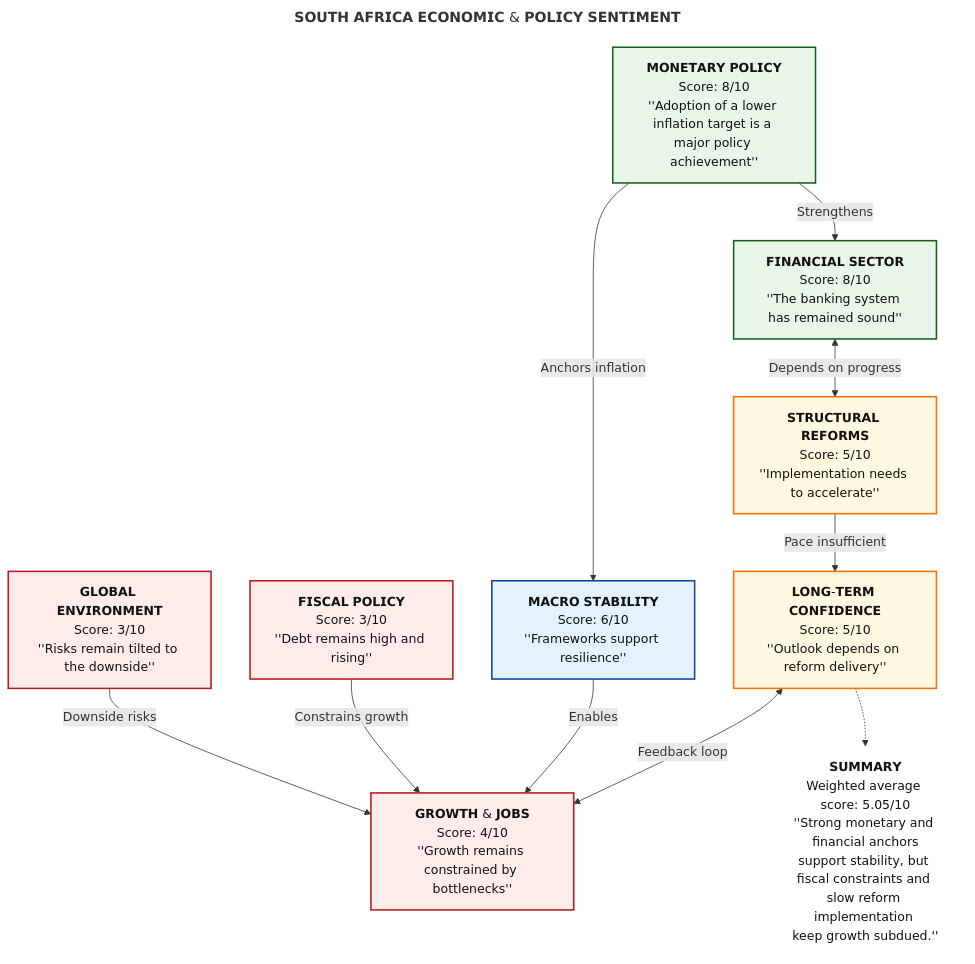
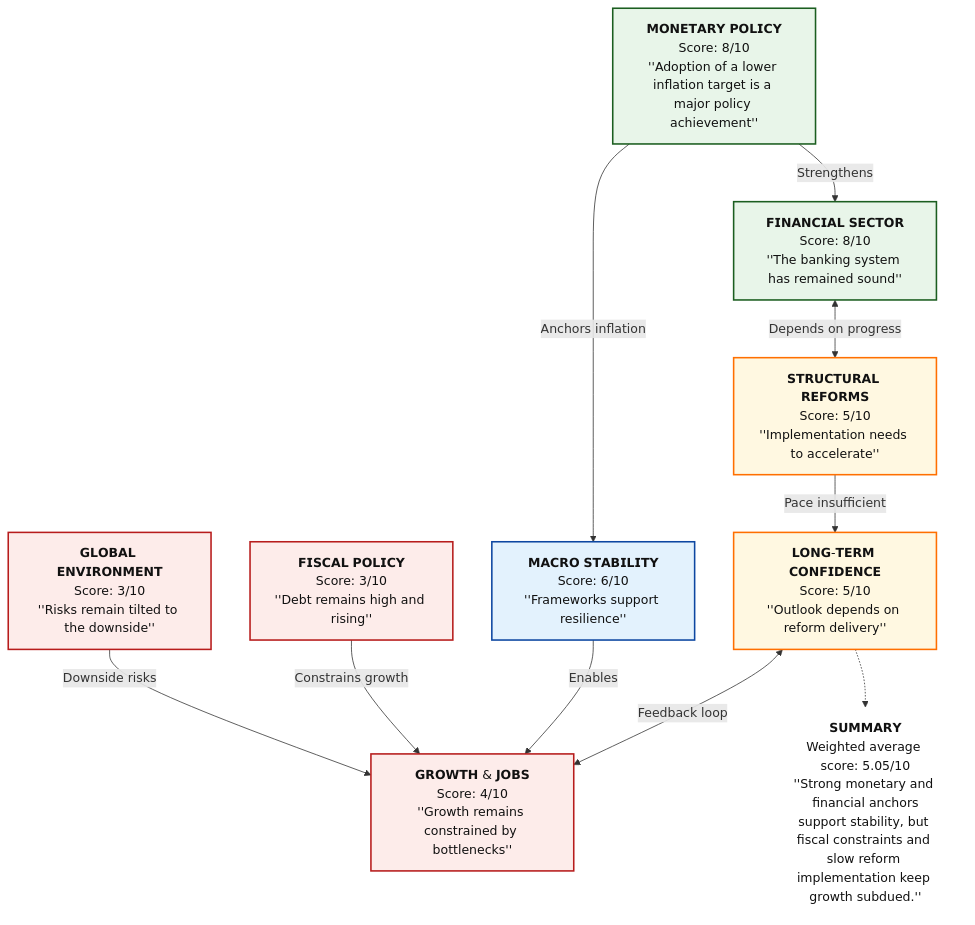
One commit to Tellusant/docs changed the first of 2 diagrams in articles-posts/economic-and-policy-sentiment-zaf.md. Above: the diagram before and after it, drawn with Mermaid. The commit also changed other lines of this file, not shown here.

```diff
--- a/articles-posts/economic-and-policy-sentiment-zaf.md
+++ b/articles-posts/economic-and-policy-sentiment-zaf.md
@@ -26,42 +27,41 @@
 <div class="mermaid">
----
-title: 𝗦𝗢𝗨𝗧𝗛 𝗔𝗙𝗥𝗜𝗖𝗔 𝗘𝗖𝗢𝗡𝗢𝗠𝗜𝗖 & 𝗣𝗢𝗟𝗜𝗖𝗬 𝗦𝗘𝗡𝗧𝗜𝗠𝗘𝗡𝗧
----
+
 flowchart TD
 
 %% ========= NODES =========
-GE["𝗚𝗟𝗢𝗕𝗔𝗟 𝗘𝗡𝗩𝗜𝗥𝗢𝗡𝗠𝗘𝗡𝗧\nScore: 3/10\n''Risks remain tilted to the downside''"]:::risk
-FP["𝗙𝗜𝗦𝗖𝗔𝗟 𝗣𝗢𝗟𝗜𝗖𝗬\nScore: 3/10\n''Debt remains high and rising''"]:::risk
-GJ["𝗚𝗥𝗢𝗪𝗧𝗛 & 𝗝𝗢𝗕𝗦\nScore: 4/10\n''Growth remains constrained by bottlenecks''"]:::risk
-MP["𝗠𝗢𝗡𝗘𝗧𝗔𝗥𝗬 𝗣𝗢𝗟𝗜𝗖𝗬\nScore: 8/10\n''Adoption of a lower inflation target is a major policy achievement''"]:::strong
-MS["𝗠𝗔𝗖𝗥𝗢 𝗦𝗧𝗔𝗕𝗜𝗟𝗜𝗧𝗬\nScore: 6/10\n''Frameworks support resilience''"]:::neutral
-FS["𝗙𝗜𝗡𝗔𝗡𝗖𝗜𝗔𝗟 𝗦𝗘𝗖𝗧𝗢𝗥\nScore: 8/10\n''The banking system has remained sound''"]:::strong
-SR["𝗦𝗧𝗥𝗨𝗖𝗧𝗨𝗥𝗔𝗟 𝗥𝗘𝗙𝗢𝗥𝗠𝗦\nScore: 5/10\n''Implementation needs to accelerate''"]:::mixed
-LC["𝗟𝗢𝗡𝗚-𝗧𝗘𝗥𝗠 𝗖𝗢𝗡𝗙𝗜𝗗𝗘𝗡𝗖𝗘\nScore: 5/10\n''Outlook depends on reform delivery''"]:::mixed
+GE["𝗚𝗟𝗢𝗕𝗔𝗟 𝗘𝗡𝗩𝗜𝗥𝗢𝗡𝗠𝗘𝗡𝗧<br/>Score: 3/10<br/>''Risks remain tilted to the downside''"]:::risk
+FP["𝗙𝗜𝗦𝗖𝗔𝗟 𝗣𝗢𝗟𝗜𝗖𝗬<br/>Score: 3/10<br/>''Debt remains high and rising''"]:::risk
+GJ["𝗚𝗥𝗢𝗪𝗧𝗛 & 𝗝𝗢𝗕𝗦<br/>Score: 4/10<br/>''Growth remains constrained by bottlenecks''"]:::risk
+MP["𝗠𝗢𝗡𝗘𝗧𝗔𝗥𝗬 𝗣𝗢𝗟𝗜𝗖𝗬<br/>Score: 8/10<br/>''Adoption of a lower inflation target is a major policy achievement''"]:::strong
+MS["𝗠𝗔𝗖𝗥𝗢 𝗦𝗧𝗔𝗕𝗜𝗟𝗜𝗧𝗬<br/>Score: 6/10<br/>''Frameworks support resilience''"]:::neutral
+FS["𝗙𝗜𝗡𝗔𝗡𝗖𝗜𝗔𝗟 𝗦𝗘𝗖𝗧𝗢𝗥<br/>Score: 8/10<br/>''The banking system has remained sound''"]:::strong
+SR["𝗦𝗧𝗥𝗨𝗖𝗧𝗨𝗥𝗔𝗟 𝗥𝗘𝗙𝗢𝗥𝗠𝗦<br/>Score: 5/10<br/>''Implementation needs to accelerate''"]:::mixed
+LC["𝗟𝗢𝗡𝗚-𝗧𝗘𝗥𝗠 𝗖𝗢𝗡𝗙𝗜𝗗𝗘𝗡𝗖𝗘<br/>Score: 5/10<br/>''Outlook depends on reform delivery''"]:::mixed
 
 %% ========= RELATIONSHIPS =========
 GE -->|Downside risks| GJ
 FP -->|Constrains growth| GJ
 MP -->|Anchors inflation| MS
 MS -->|Enables| GJ
 MP -->|Strengthens| FS
 FS <-->|Depends on progress| SR
 SR -->|Pace insufficient| LC
 LC <-->|Feedback loop| GJ
 
 %% ========= INVISIBLE LAYOUT CONTROL =========
 ANCHOR[" "]:::anchor
 
 %% ========= SUMMARY (FORCED BELOW, NO VISIBLE ARROWS) =========
-SUM["𝗦𝗨𝗠𝗠𝗔𝗥𝗬\nWeighted average score: 5.05/10\n''Strong monetary and financial anchors\nsupport stability, but fiscal constraints and \nslow reform implementation \nkeep growth subdued.''"]:::summary
+SUM["𝗦𝗨𝗠𝗠𝗔𝗥𝗬<br/>Weighted average score: 5.05/10<br/>''Strong monetary and financial anchors
+support stability, but fiscal constraints and slow reform implementation keep growth subdued.''"]:::summary
 LC -.-> SUM:::anchor
 
 %% ========= STYLES =========
 classDef strong  fill:#E8F5E9,stroke:#1B5E20,stroke-width:2px,color:#111;
 classDef neutral fill:#E3F2FD,stroke:#0D47A1,stroke-width:2px,color:#111;
 classDef mixed   fill:#FFF8E1,stroke:#FF6F00,stroke-width:2px,color:#111;
 classDef risk    fill:#FDECEA,stroke:#B71C1C,stroke-width:2px,color:#111;
 classDef summary fill:#F5F5F5,stroke:#424242,stroke-width:2px,color:#111;
 classDef anchor fill:transparent,stroke:transparent;
 
 </div>
```
